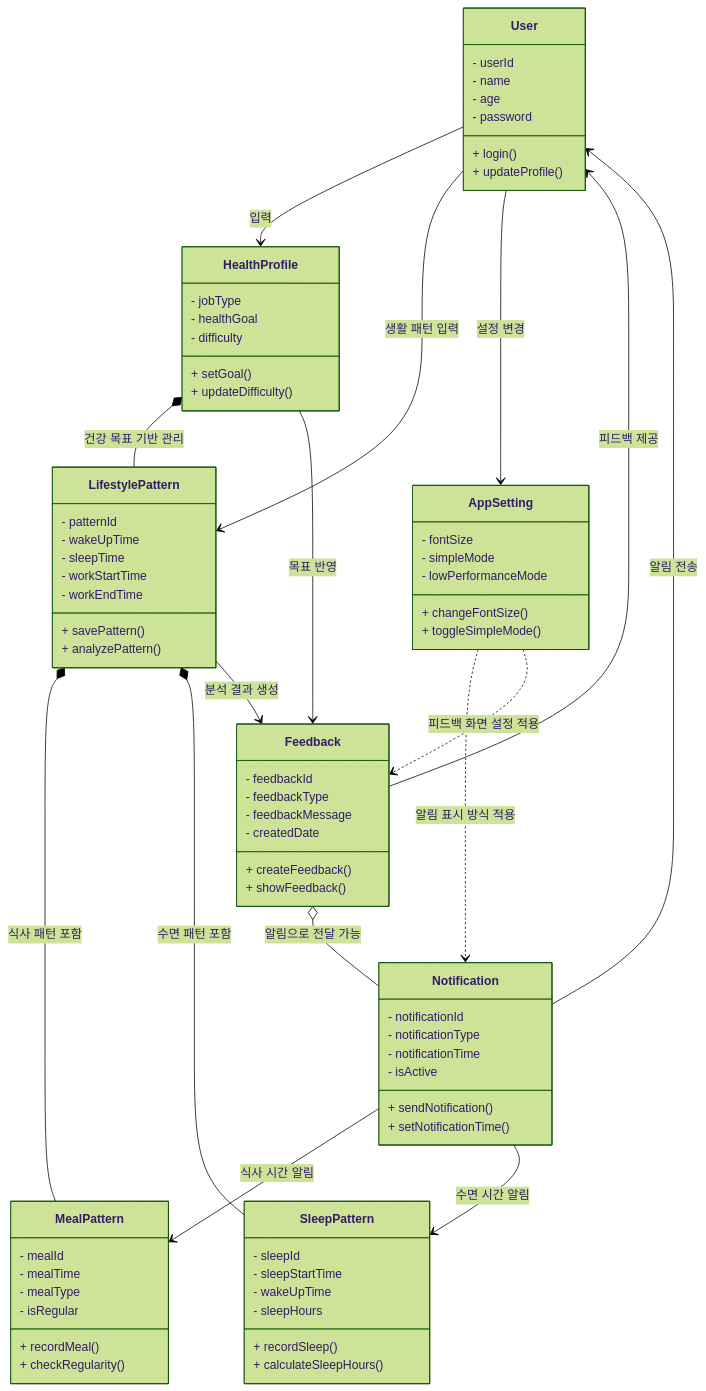
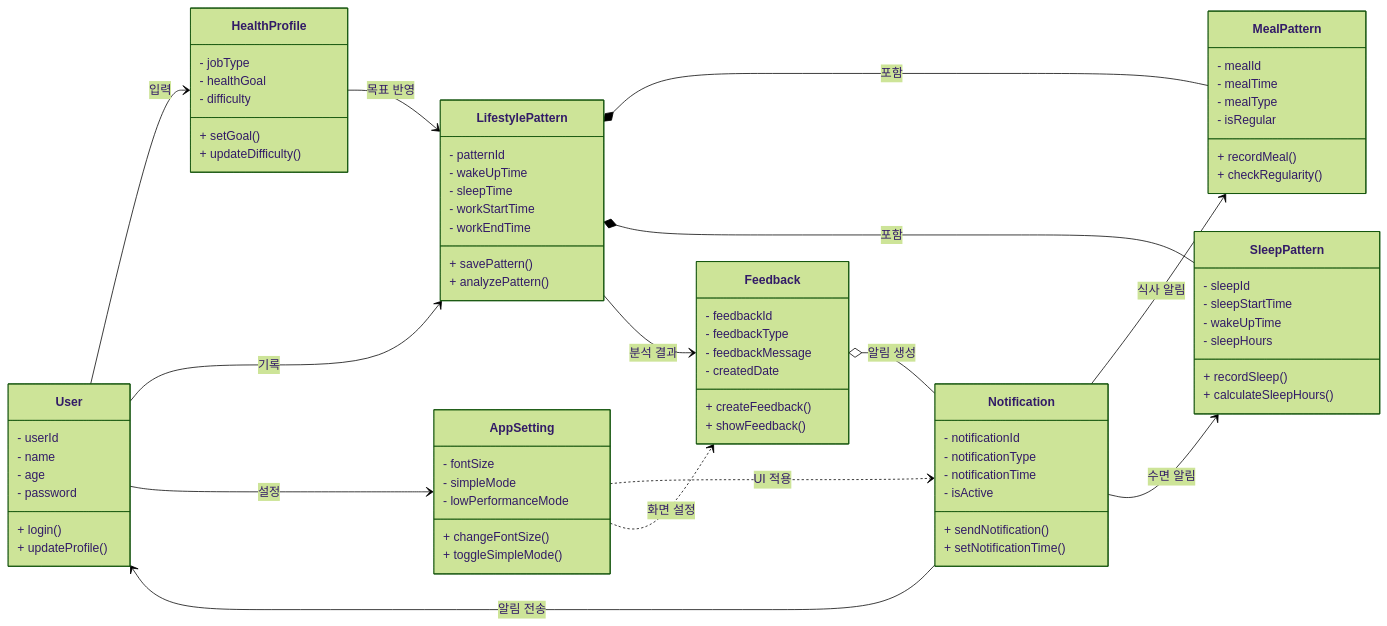
One commit to joojeehun/sw-health changed the diagram in docs/requirement.md/Classdiagram.md. Above: the diagram before and after it, drawn with Mermaid (forest theme).

````diff
--- a/docs/requirement.md/Classdiagram.md
+++ b/docs/requirement.md/Classdiagram.md
@@ -1,5 +1,6 @@
 ```mermaid
 classDiagram
+direction LR
 
 class User {
   - userId
@@ -72,24 +73,28 @@
   + toggleSimpleMode()
 }
 
+%% 사용자 입력 관계
 User --> HealthProfile : 입력
-User --> LifestylePattern : 생활 패턴 입력
-User --> AppSetting : 설정 변경
+User --> LifestylePattern : 기록
+User --> AppSetting : 설정
 
-HealthProfile *-- LifestylePattern : 건강 목표 기반 관리
-LifestylePattern *-- MealPattern : 식사 패턴 포함
-LifestylePattern *-- SleepPattern : 수면 패턴 포함
+%% 생활 패턴 중심 관계
+LifestylePattern *-- MealPattern : 포함
+LifestylePattern *-- SleepPattern : 포함
 
-LifestylePattern --> Feedback : 분석 결과 생성
-HealthProfile --> Feedback : 목표 반영
+%% 분석 및 피드백 관계
+HealthProfile --> LifestylePattern : 목표 반영
+LifestylePattern --> Feedback : 분석 결과
 
-Feedback --> User : 피드백 제공
-Feedback o-- Notification : 알림으로 전달 가능
+%% 알림 관계
+Feedback o-- Notification : 알림 생성
+Notification --> User : 알림 전송
 
-Notification --> User : 알림 전송
-Notification --> MealPattern : 식사 시간 알림
-Notification --> SleepPattern : 수면 시간 알림
+%% 알림 세부 관계
+Notification --> MealPattern : 식사 알림
+Notification --> SleepPattern : 수면 알림
 
-AppSetting ..> Notification : 알림 표시 방식 적용
-AppSetting ..> Feedback : 피드백 화면 설정 적용
+%% 설정 적용 관계
+AppSetting ..> Notification : UI 적용
+AppSetting ..> Feedback : 화면 설정
 ```
````
